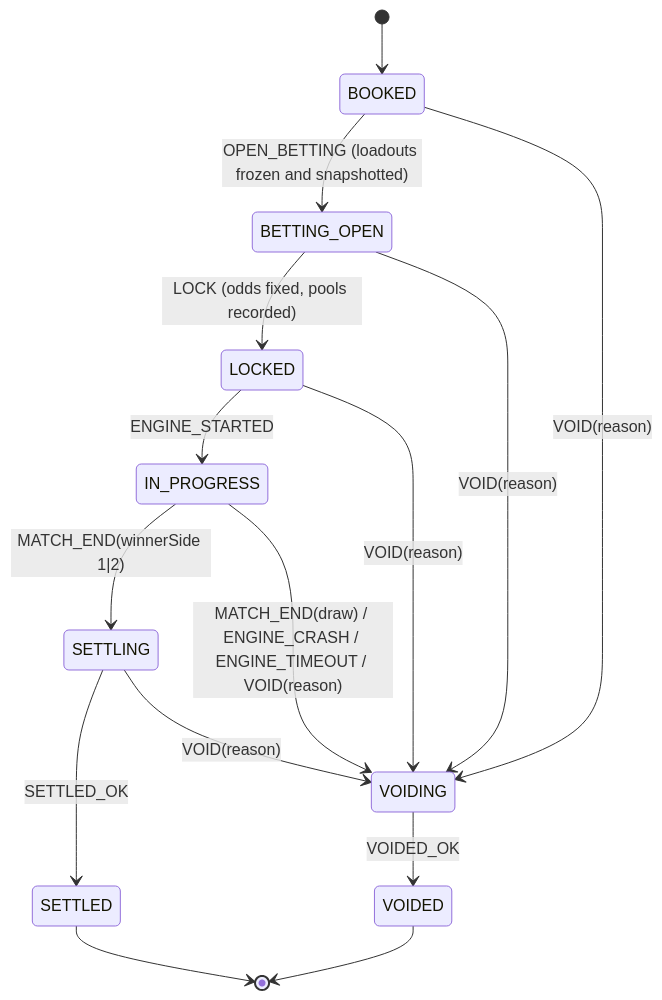
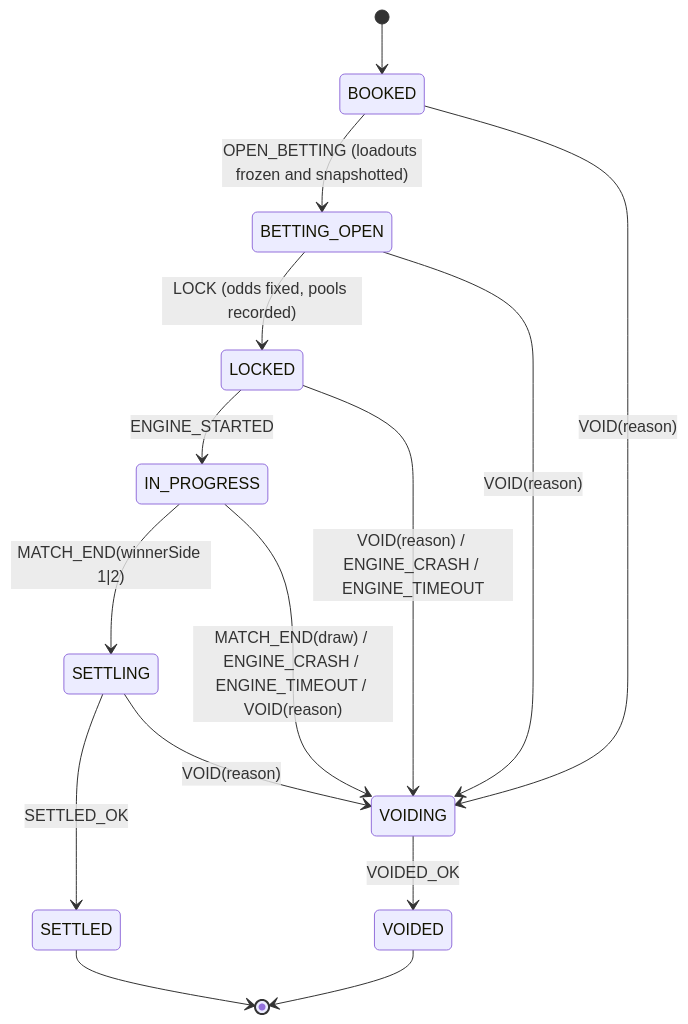
One commit to SoundLab-source/greed-island changed the diagram in docs/ARCHITECTURE.md. Above: the diagram before and after it, drawn with Mermaid. The commit also changed other lines of this file and 32 other files, not shown here.

````diff
--- a/docs/ARCHITECTURE.md
+++ b/docs/ARCHITECTURE.md
@@ -36,17 +36,17 @@
 ```mermaid
 stateDiagram-v2
     [*] --> BOOKED
     BOOKED --> BETTING_OPEN: OPEN_BETTING (loadouts frozen and snapshotted)
     BETTING_OPEN --> LOCKED: LOCK (odds fixed, pools recorded)
     LOCKED --> IN_PROGRESS: ENGINE_STARTED
     IN_PROGRESS --> SETTLING: MATCH_END(winnerSide 1|2)
     SETTLING --> SETTLED: SETTLED_OK
     BOOKED --> VOIDING: VOID(reason)
     BETTING_OPEN --> VOIDING: VOID(reason)
-    LOCKED --> VOIDING: VOID(reason)
+    LOCKED --> VOIDING: VOID(reason) / ENGINE_CRASH / ENGINE_TIMEOUT
     IN_PROGRESS --> VOIDING: MATCH_END(draw) / ENGINE_CRASH / ENGINE_TIMEOUT / VOID(reason)
     SETTLING --> VOIDING: VOID(reason)
     VOIDING --> VOIDED: VOIDED_OK
     SETTLED --> [*]
     VOIDED --> [*]
 ```
````
